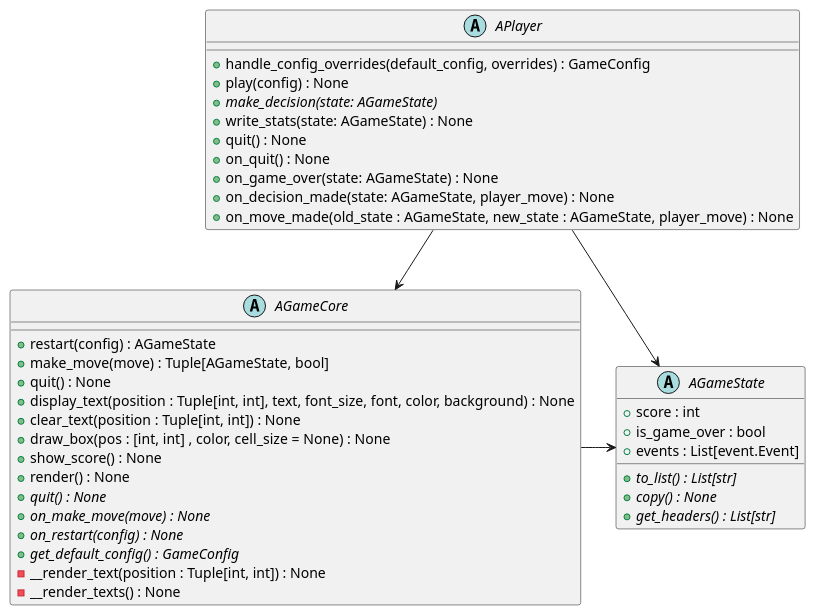
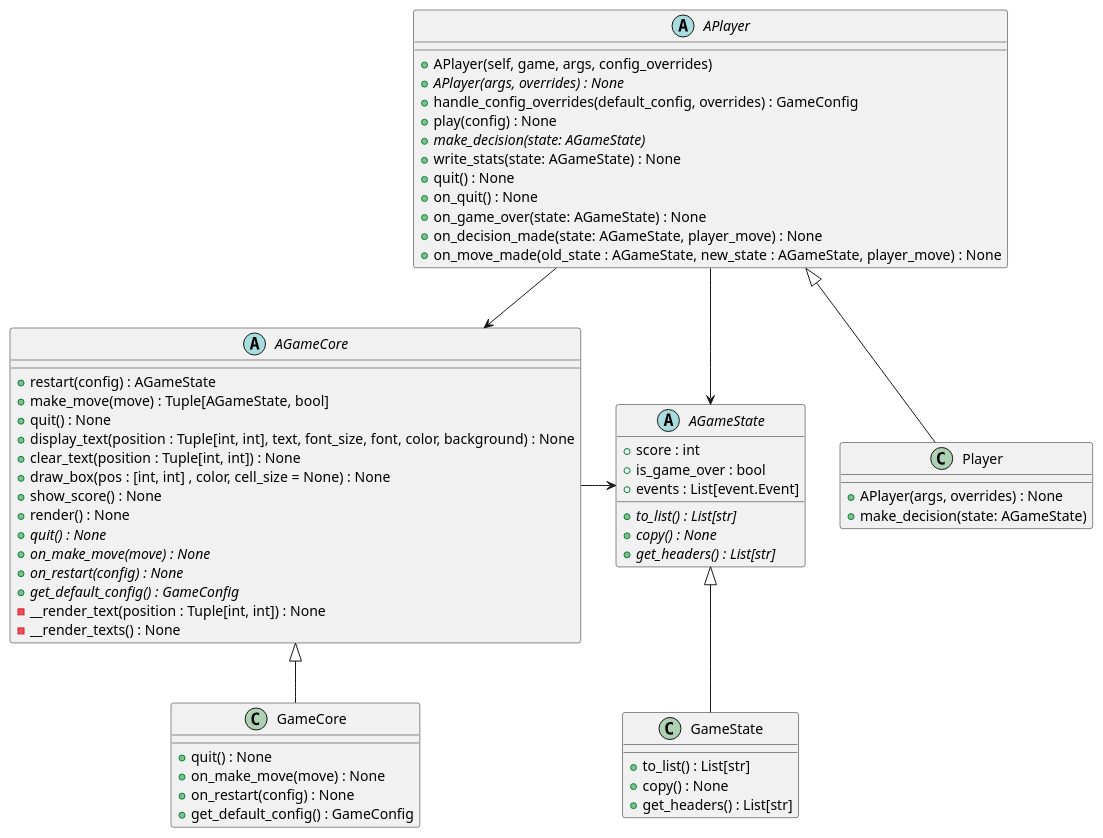
The first of 2 diagrams in docs/source_code/index.rst (lzajka/gra-RL), drawn with PlantUML before and after one commit. The commit also changed other lines of this file, not shown here.

```diff
--- a/docs/source_code/index.rst
+++ b/docs/source_code/index.rst
@@ -17,42 +17,60 @@
 .. uml::
 
     abstract class AGameCore {
         + restart(config) : AGameState
         + make_move(move) : Tuple[AGameState, bool]
         + quit() : None
         + display_text(position : Tuple[int, int], text, font_size, font, color, background) : None
         + clear_text(position : Tuple[int, int]) : None
         + draw_box(pos : [int, int] , color, cell_size = None) : None
         + show_score() : None
         + render() : None
         + {abstract} quit() : None
         + {abstract} on_make_move(move) : None
         + {abstract} on_restart(config) : None
         + {abstract} get_default_config() : GameConfig
         - __render_text(position : Tuple[int, int]) : None
         - __render_texts() : None
     }
 
     abstract class AGameState {
         + score : int
         + is_game_over : bool
         + events : List[event.Event]
         + {abstract} to_list() : List[str]
         + {abstract} copy() : None
         + {abstract} get_headers() : List[str]
     }
     abstract class APlayer {
+        + APlayer(self, game, args, config_overrides)
+        + {abstract} APlayer(args, overrides) : None
         + handle_config_overrides(default_config, overrides) : GameConfig
         + play(config) : None
         + {abstract} make_decision(state: AGameState) 
         + write_stats(state: AGameState) : None
         + quit() : None
         + on_quit() : None
         + on_game_over(state: AGameState) : None
         + on_decision_made(state: AGameState, player_move) : None
         + on_move_made(old_state : AGameState, new_state : AGameState, player_move) : None
     }
 
+    class GameCore extends AGameCore {
+        + quit() : None
+        + on_make_move(move) : None
+        + on_restart(config) : None
+        + get_default_config() : GameConfig
+    }
+    class GameState extends AGameState {
+        + to_list() : List[str]
+        + copy() : None
+        + get_headers() : List[str]
+    }
+    class Player extends APlayer {
+        + APlayer(args, overrides) : None
+        + make_decision(state: AGameState) 
+    }
+
     APlayer --> AGameCore
     APlayer --> AGameState
     AGameCore -> AGameState
```
